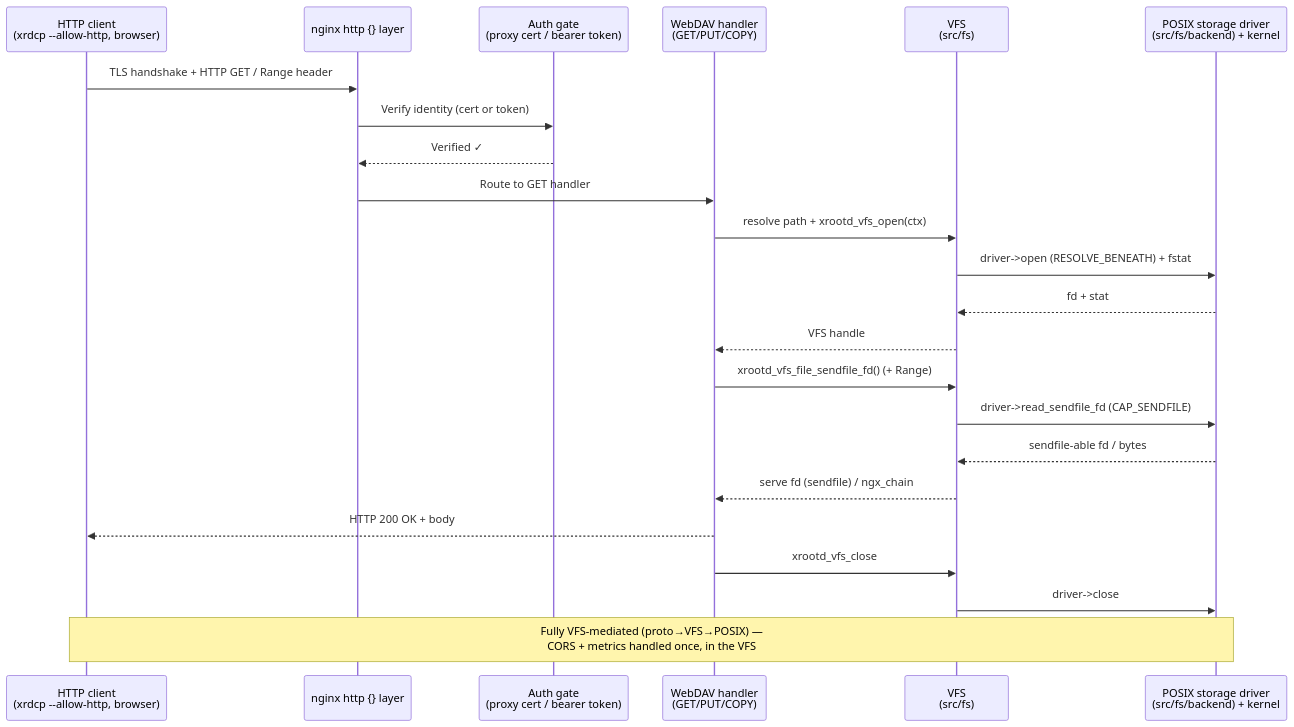
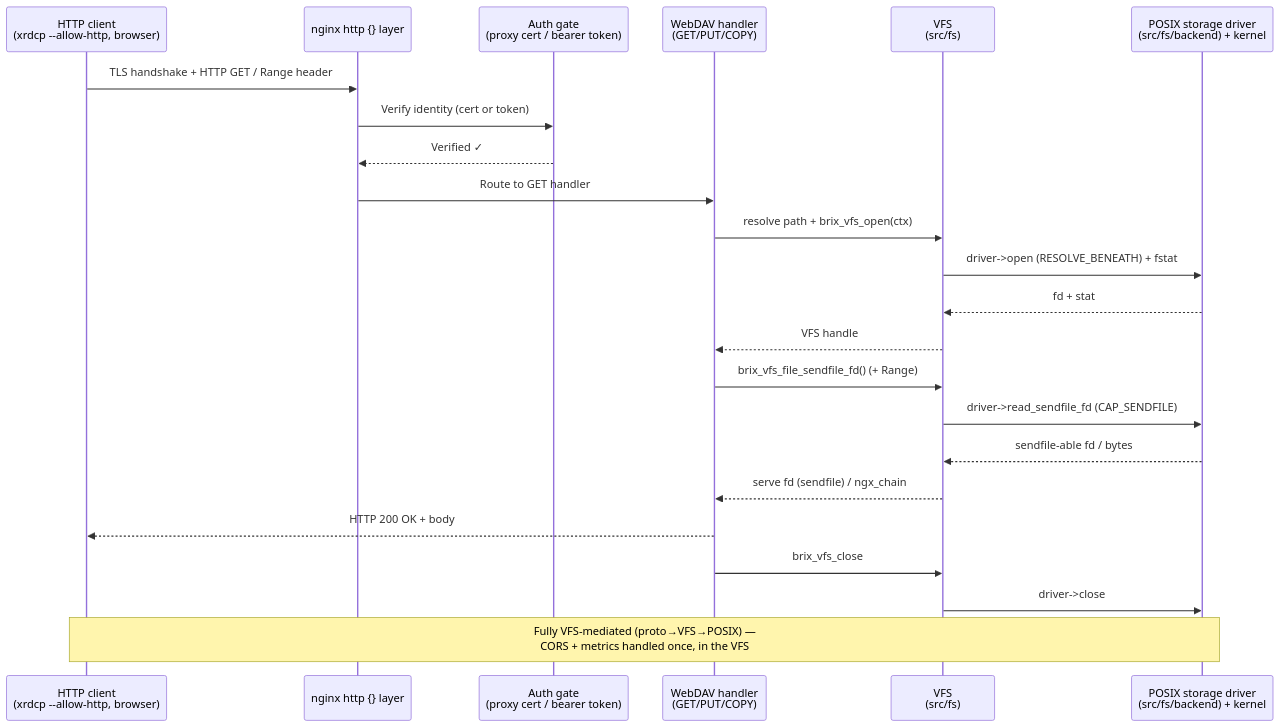
The fifth of 6 diagrams in docs/10-architecture/overview.md (rob-c/brix-cache), drawn with Mermaid before and after one commit. The commit also changed other lines of this file and 175 other files, not shown here.

First line of the commit message:
docs(rebrand): rename own-namespace refs xrootd_->brix_ in living docs + routes /xrootd->/brix

````diff
--- a/docs/10-architecture/overview.md
+++ b/docs/10-architecture/overview.md
@@ -228,27 +228,27 @@
 ```mermaid
 sequenceDiagram
     participant Browser as HTTP client<br/>(xrdcp --allow-http, browser)
     participant HTTPS as nginx http {} layer
     participant Auth as Auth gate<br/>(proxy cert / bearer token)
     participant Handler as WebDAV handler<br/>(GET/PUT/COPY)
     participant VFS as VFS<br/>(src/fs)
     participant SD as POSIX storage driver<br/>(src/fs/backend) + kernel
     
     Browser->>HTTPS: TLS handshake + HTTP GET / Range header
     HTTPS->>Auth: Verify identity (cert or token)
     Auth-->>HTTPS: Verified ✓
     HTTPS->>Handler: Route to GET handler
-    Handler->>VFS: resolve path + xrootd_vfs_open(ctx)
+    Handler->>VFS: resolve path + brix_vfs_open(ctx)
     VFS->>SD: driver->open (RESOLVE_BENEATH) + fstat
     SD-->>VFS: fd + stat
     VFS-->>Handler: VFS handle
-    Handler->>VFS: xrootd_vfs_file_sendfile_fd() (+ Range)
+    Handler->>VFS: brix_vfs_file_sendfile_fd() (+ Range)
     VFS->>SD: driver->read_sendfile_fd (CAP_SENDFILE)
     SD-->>VFS: sendfile-able fd / bytes
     VFS-->>Handler: serve fd (sendfile) / ngx_chain
     Handler-->>Browser: HTTP 200 OK + body
-    Handler->>VFS: xrootd_vfs_close
+    Handler->>VFS: brix_vfs_close
     VFS->>SD: driver->close
     
     Note over Browser,SD: Fully VFS-mediated (proto→VFS→POSIX) —<br/>CORS + metrics handled once, in the VFS
 ```
````
